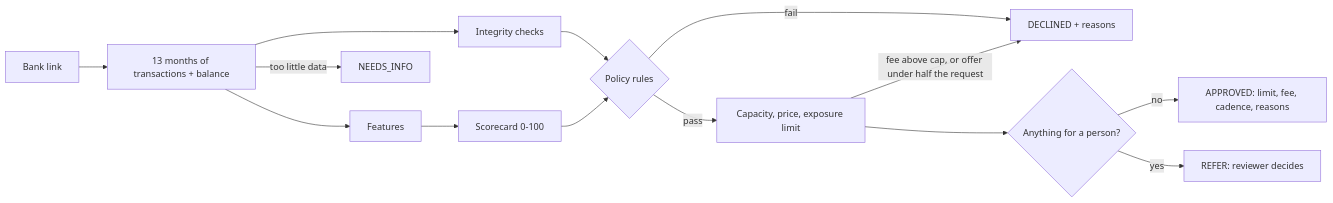
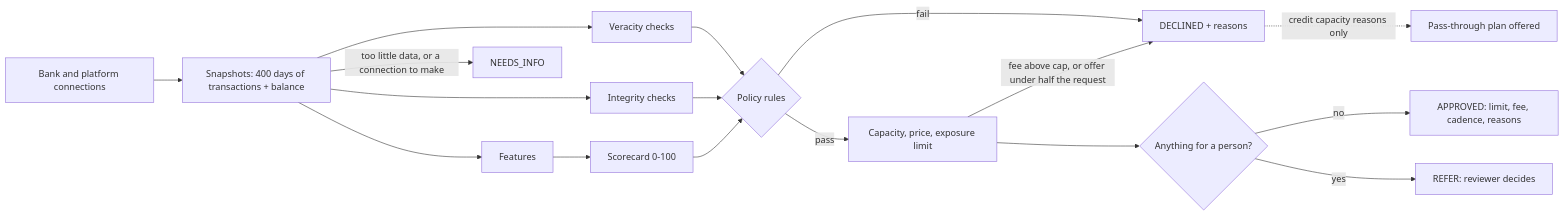
One commit to trevorfrese/cashflow changed the diagram in apps/api/UNDERWRITING.md. Above: the diagram before and after it, drawn with Mermaid. The commit also changed other lines of this file and 14 other files, not shown here.

````diff
--- a/apps/api/UNDERWRITING.md
+++ b/apps/api/UNDERWRITING.md
@@ -52,16 +62,19 @@
 ```mermaid
 flowchart LR
-  A[Bank link] --> B[13 months of transactions + balance]
+  A[Bank and platform connections] --> B[Snapshots: 400 days of transactions + balance]
+  B --> V[Veracity checks]
   B --> C[Features]
   B --> N[Integrity checks]
   C --> D[Scorecard 0-100]
+  V --> E
   N --> E
   D --> E{Policy rules}
   E -->|fail| F[DECLINED + reasons]
   E -->|pass| G[Capacity, price, exposure limit]
   G -->|fee above cap, or offer under half the request| F
   G --> H{Anything for a person?}
   H -->|no| I[APPROVED: limit, fee, cadence, reasons]
   H -->|yes| K[REFER: reviewer decides]
-  B -->|too little data| J[NEEDS_INFO]
+  B -->|too little data, or a connection to make| J[NEEDS_INFO]
+  F -.->|credit capacity reasons only| P[Pass-through plan offered]
 ```
````
